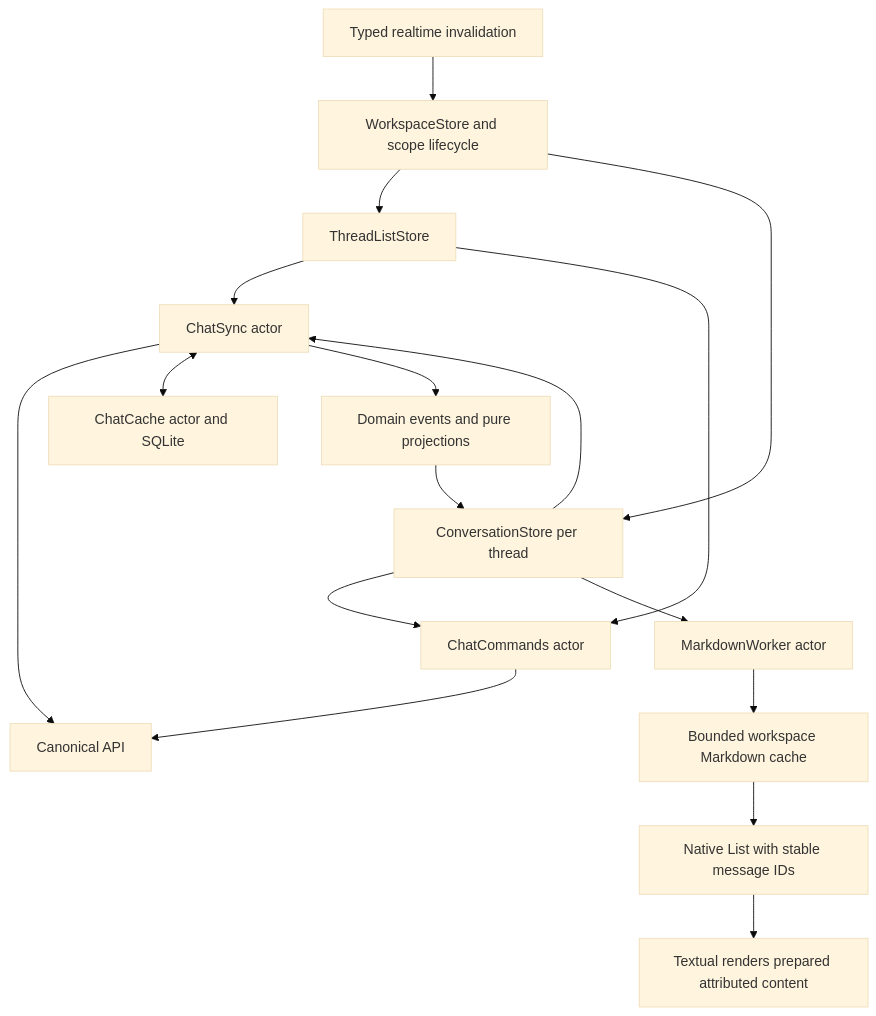
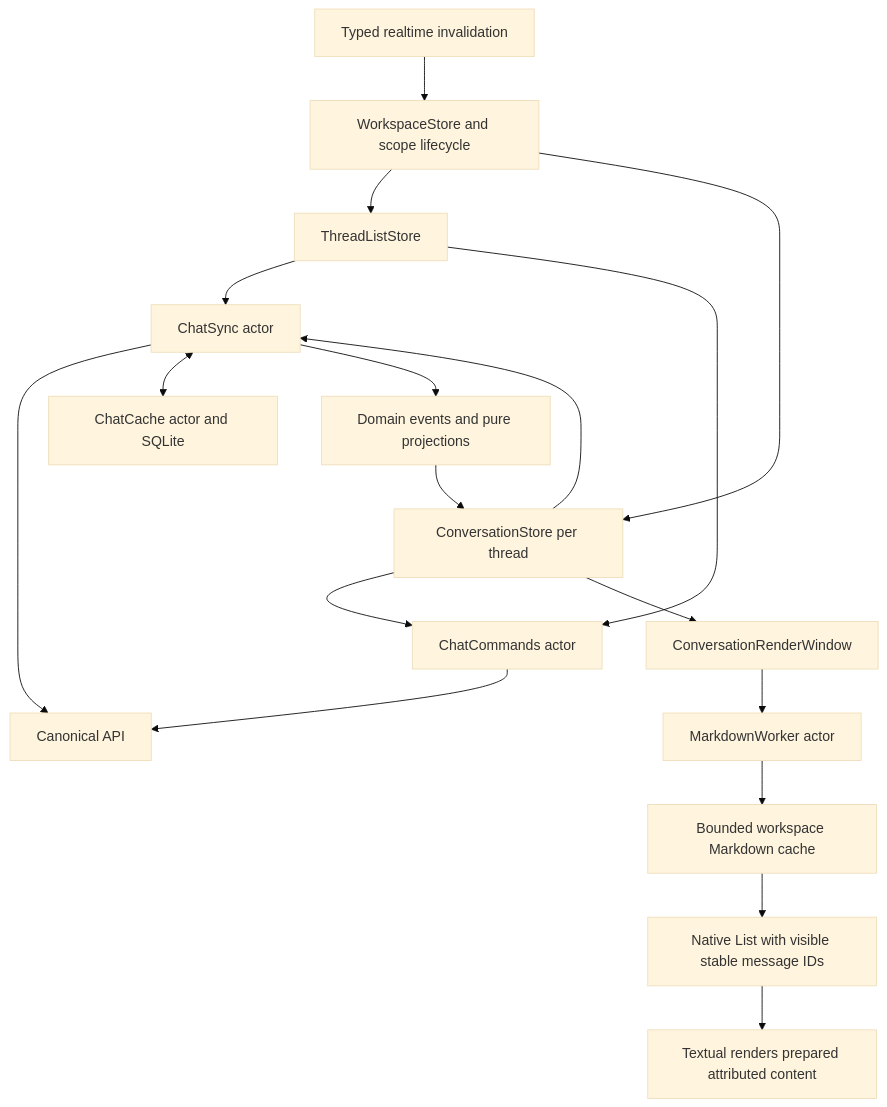
One commit to okou-ai/okou changed the diagram in ios/CHAT_UI_ARCHITECTURE.md. Above: the diagram before and after it, drawn with Mermaid (base theme). The commit also changed other lines of this file and 8 other files, not shown here.

Commit message:
perf(ios): progressively render conversation history

````diff
--- a/ios/CHAT_UI_ARCHITECTURE.md
+++ b/ios/CHAT_UI_ARCHITECTURE.md
@@ -23,19 +23,20 @@
 ```mermaid
 flowchart TD
   Realtime[Typed realtime invalidation] --> Workspace[WorkspaceStore and scope lifecycle]
   Workspace --> Navigation[ThreadListStore]
   Workspace --> Conversation[ConversationStore per thread]
   Navigation --> Sync[ChatSync actor]
   Conversation --> Sync
   Navigation --> Commands[ChatCommands actor]
   Conversation --> Commands
   Commands --> API[Canonical API]
   Sync --> API
   Sync <--> Cache[ChatCache actor and SQLite]
   Sync --> Projection[Domain events and pure projections]
   Projection --> Conversation
-  Conversation --> Prepare[MarkdownWorker actor]
+  Conversation --> Window[ConversationRenderWindow]
+  Window --> Prepare[MarkdownWorker actor]
   Prepare --> Presentation[Bounded workspace Markdown cache]
-  Presentation --> List[Native List with stable message IDs]
+  Presentation --> List[Native List with visible stable message IDs]
   List --> Body[Textual renders prepared attributed content]
 ```
````
